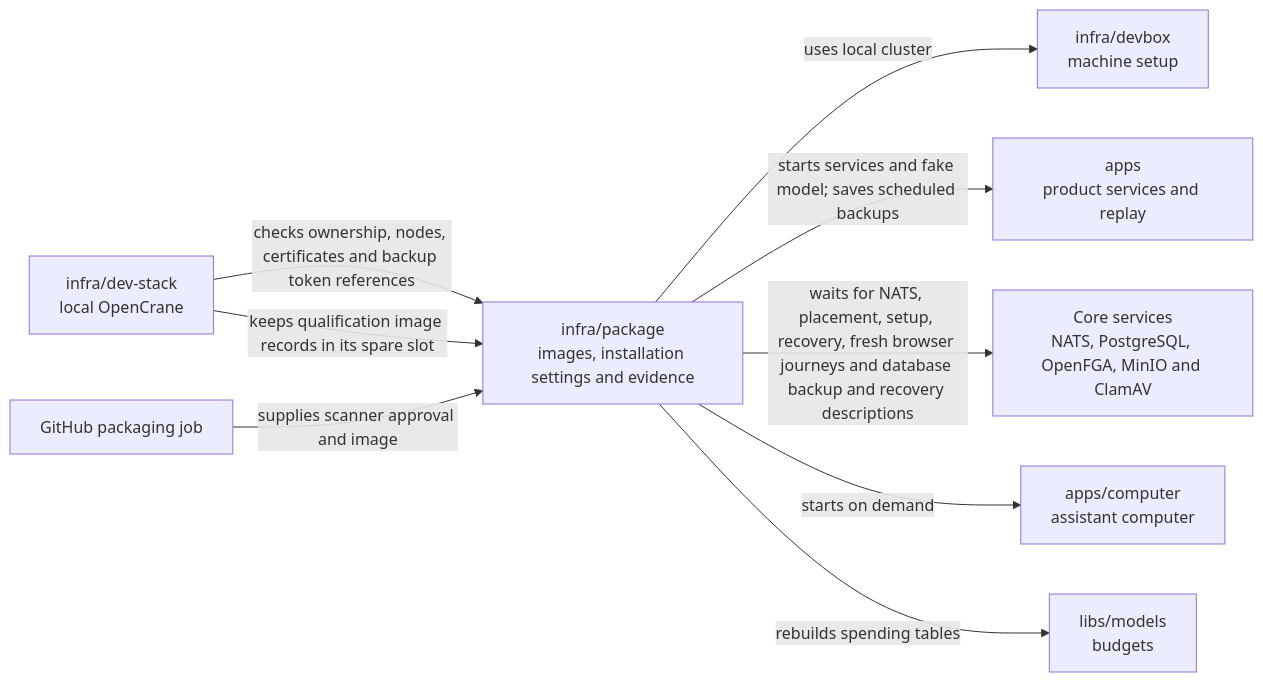
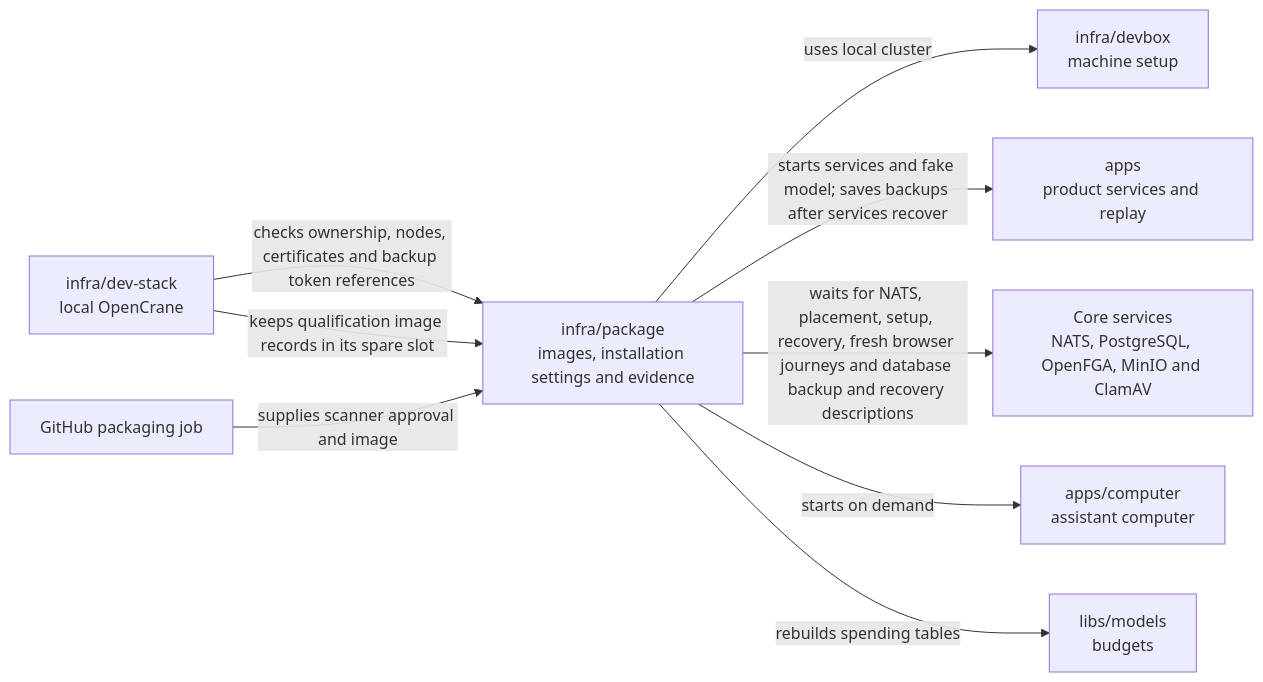
Before and after one commit to elewa-git/opencrane-new: the diagram in infra/package/README.md, drawn with Mermaid. The commit also changed other lines of this file and 12 other files, not shown here.

Commit message:
🛠️ Require ready services before publishing scheduled backups

````diff
--- a/infra/package/README.md
+++ b/infra/package/README.md
@@ -19,11 +19,11 @@
 ```mermaid
 flowchart LR
   stack["infra/dev-stack<br/>local OpenCrane"] -->|checks ownership, nodes, certificates and backup token references| package["infra/package<br/>images, installation settings and evidence"]
   package -->|uses local cluster| devbox["infra/devbox<br/>machine setup"]
-  package -->|starts services and fake model; saves scheduled backups| apps["apps<br/>product services and replay"]
+  package -->|starts services and fake model; saves backups after services recover| apps["apps<br/>product services and replay"]
   packaging["GitHub packaging job"] -->|supplies scanner approval and image| package
   package -->|waits for NATS, placement, setup, recovery, fresh browser journeys and database backup and recovery descriptions| services["Core services<br/>NATS, PostgreSQL, OpenFGA, MinIO and ClamAV"]
   package -->|starts on demand| computer["apps/computer<br/>assistant computer"]
   package -->|rebuilds spending tables| models["libs/models<br/>budgets"]
   stack -->|keeps qualification image records in its spare slot| package
 ```
````
